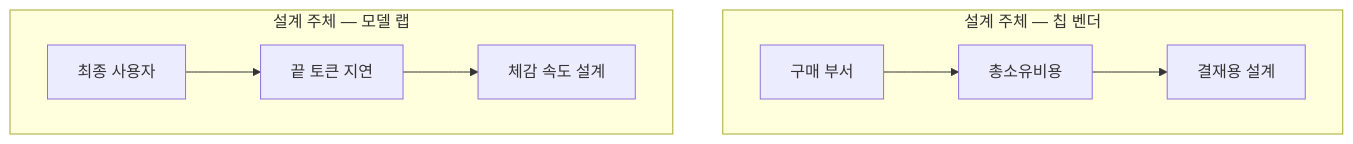
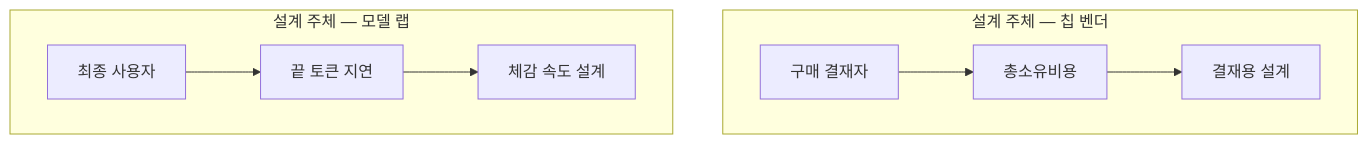
One commit to yohan4477/semi-report changed the first of 7 diagrams in insights/frames/exp/2026-08-27-openai-jalapeno-strategy-opus.md. Above: the diagram before and after it, drawn with Mermaid. The commit also changed 3 other files, not shown here.

First line of the commit message:
fix(판): 캡션에 뜨던 mermaid id·이름에 남던 따옴표·촉만 남던 화살표

````diff
--- a/insights/frames/exp/2026-08-27-openai-jalapeno-strategy-opus.md
+++ b/insights/frames/exp/2026-08-27-openai-jalapeno-strategy-opus.md
@@ -32,11 +32,11 @@
 ```mermaid
 flowchart TD
     subgraph V["설계 주체 — 칩 벤더"]
-        V1["구매 부서"] --> V2["총소유비용"]
+        V1["구매 결재자"] --> V2["총소유비용"]
         V2 --> V3["결재용 설계"]
     end
     subgraph L["설계 주체 — 모델 랩"]
         L1["최종 사용자"] --> L2["끝 토큰 지연"]
         L2 --> L3["체감 속도 설계"]
     end
 ```
````
